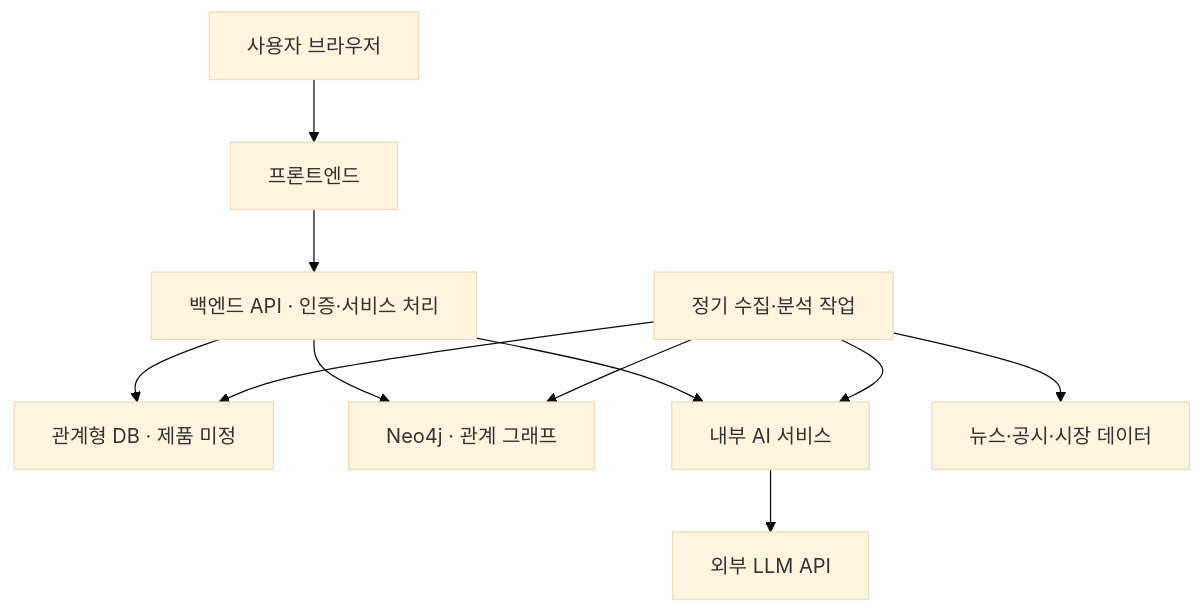
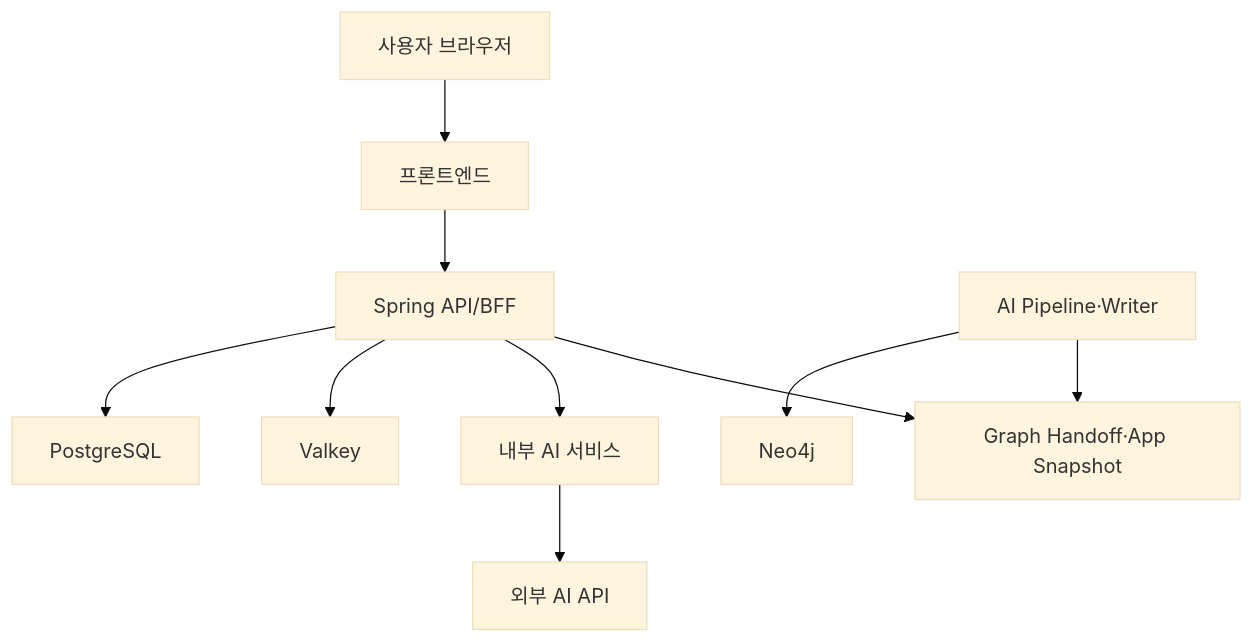
The diagram in docs/architecture.md (Donbug/Zoop-Infra), drawn with Mermaid (base theme) before and after one commit. The commit also changed other lines of this file and 6 other files, not shown here.

````diff
--- a/docs/architecture.md
+++ b/docs/architecture.md
@@ -14,13 +15,13 @@
 ```mermaid
 flowchart TD
     U["사용자 브라우저"] --> F["프론트엔드"]
-    F --> B["백엔드 API · 인증·서비스 처리"]
-    B --> R["관계형 DB · 제품 미정"]
-    B --> G["Neo4j · 관계 그래프"]
+    F --> B["Spring API/BFF"]
+    B --> R["PostgreSQL"]
+    B --> V["Valkey"]
     B --> A["내부 AI 서비스"]
-    A --> L["외부 LLM API"]
-    W["정기 수집·분석 작업"] --> X["뉴스·공시·시장 데이터"]
-    W --> R
-    W --> A
-    W --> G
+    A --> L["외부 AI API"]
+
+    P["AI Pipeline·Writer"] --> G["Neo4j"]
+    P --> S["Graph Handoff·App Snapshot"]
+    B --> S
 ```
````
